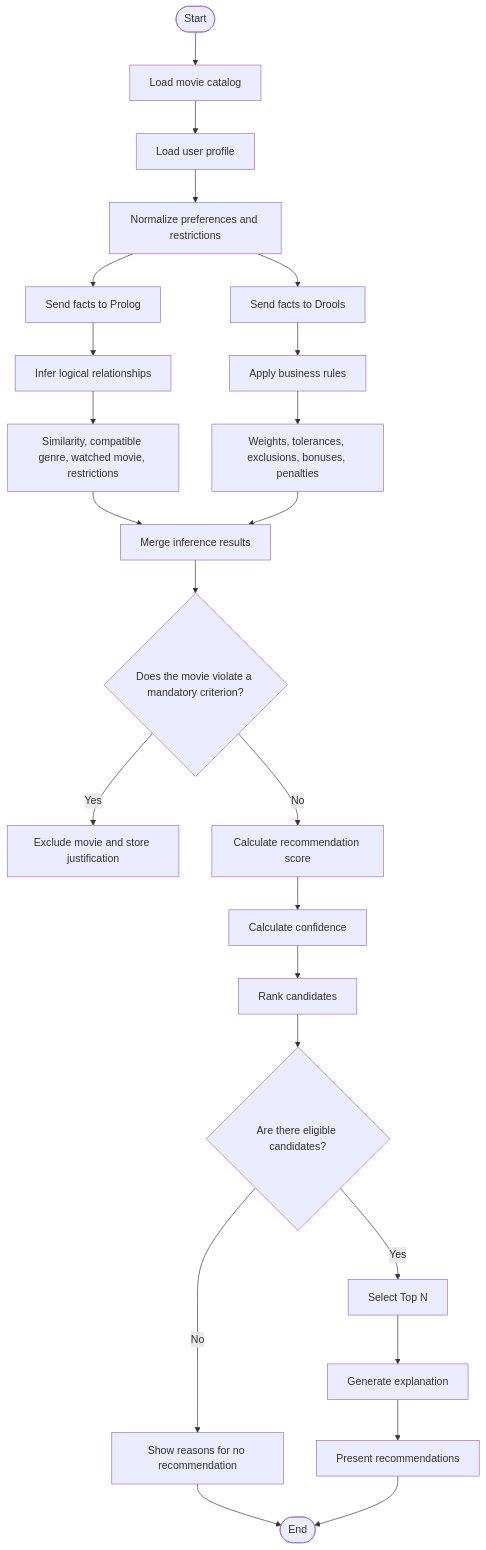
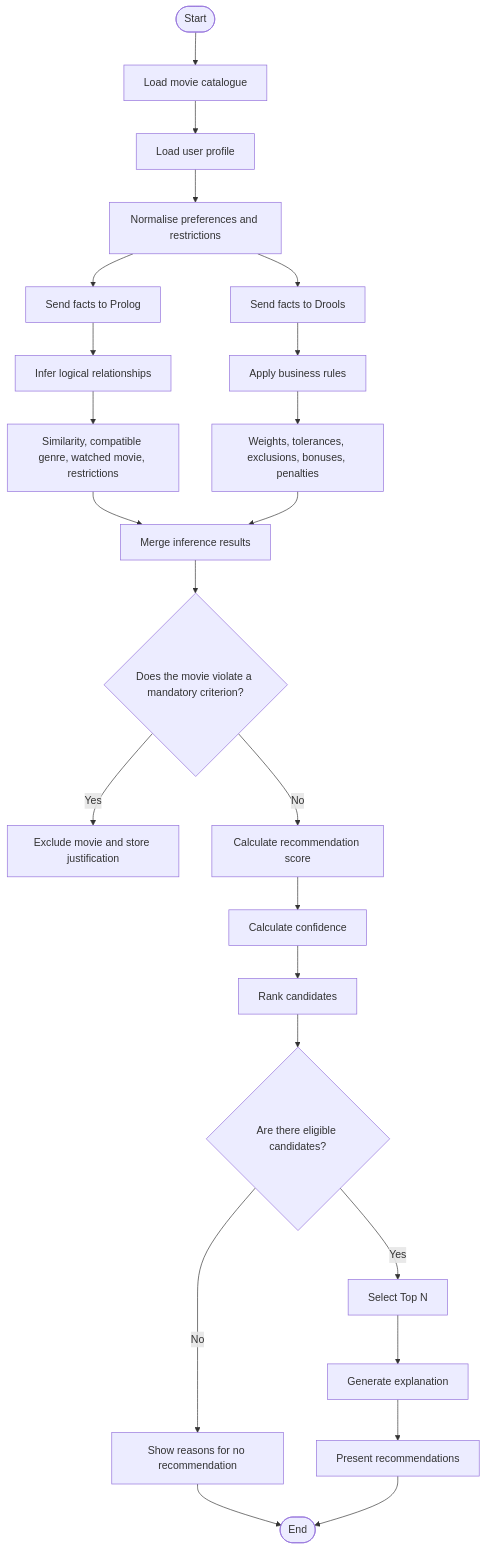
Before and after one commit to MEIA-Playgorithm/challenge-one: the diagram in docs/movie-recommendation-flowchart.md, drawn with Mermaid. The commit also changed other lines of this file and 7 other files, not shown here.

````diff
--- a/docs/movie-recommendation-flowchart.md
+++ b/docs/movie-recommendation-flowchart.md
@@ -52,33 +52,33 @@
 ```mermaid
 flowchart TD
-    A([Start]) --> B[Load movie catalog]
+    A([Start]) --> B[Load movie catalogue]
     B --> C[Load user profile]
-    C --> D[Normalize preferences and restrictions]
+    C --> D[Normalise preferences and restrictions]
 
     D --> E[Send facts to Prolog]
     D --> F[Send facts to Drools]
 
     E --> G[Infer logical relationships]
     G --> G1[Similarity, compatible genre, watched movie, restrictions]
 
     F --> H[Apply business rules]
     H --> H1[Weights, tolerances, exclusions, bonuses, penalties]
 
     G1 --> I[Merge inference results]
     H1 --> I
 
     I --> J{Does the movie violate a mandatory criterion?}
     J -- Yes --> K[Exclude movie and store justification]
     J -- No --> L[Calculate recommendation score]
 
     L --> M[Calculate confidence]
     M --> N[Rank candidates]
     N --> O{Are there eligible candidates?}
 
     O -- No --> P[Show reasons for no recommendation]
     O -- Yes --> Q[Select Top N]
     Q --> R[Generate explanation]
     R --> S[Present recommendations]
     P --> T([End])
     S --> T
 ```
````
